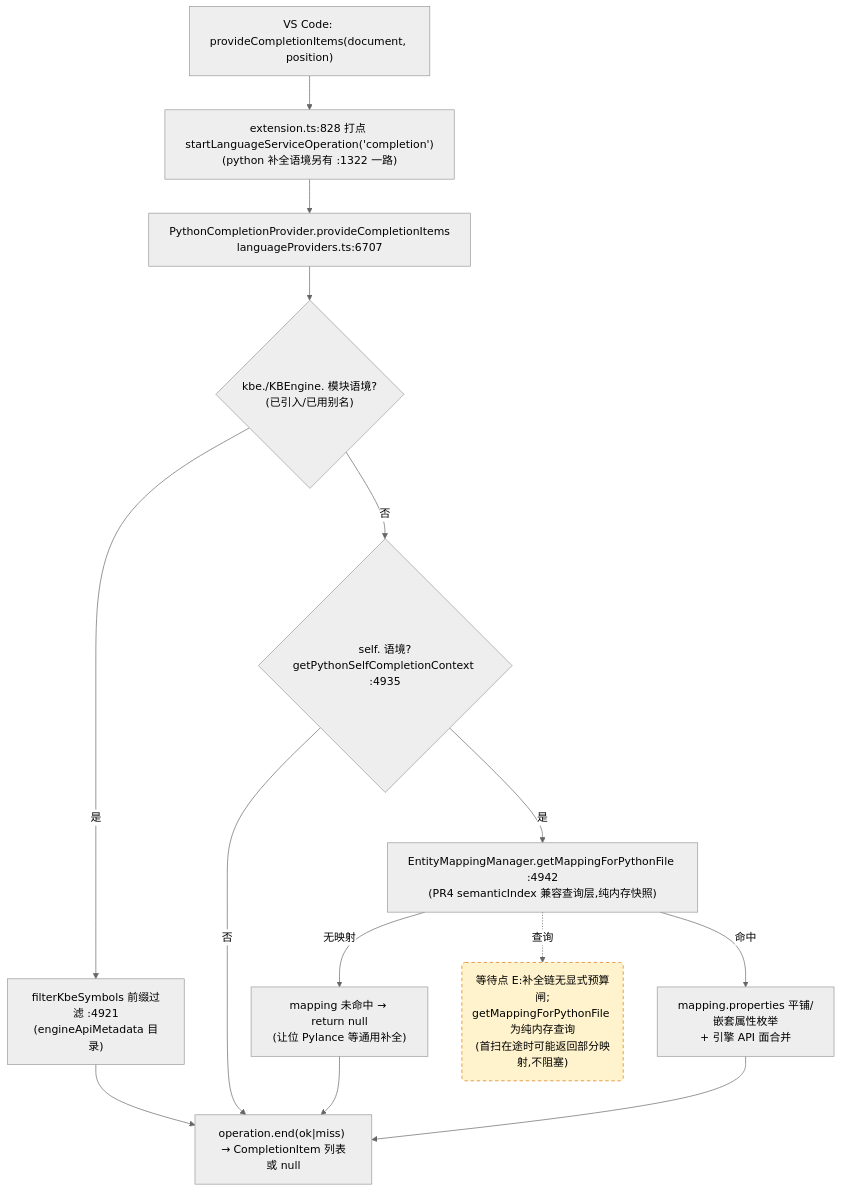
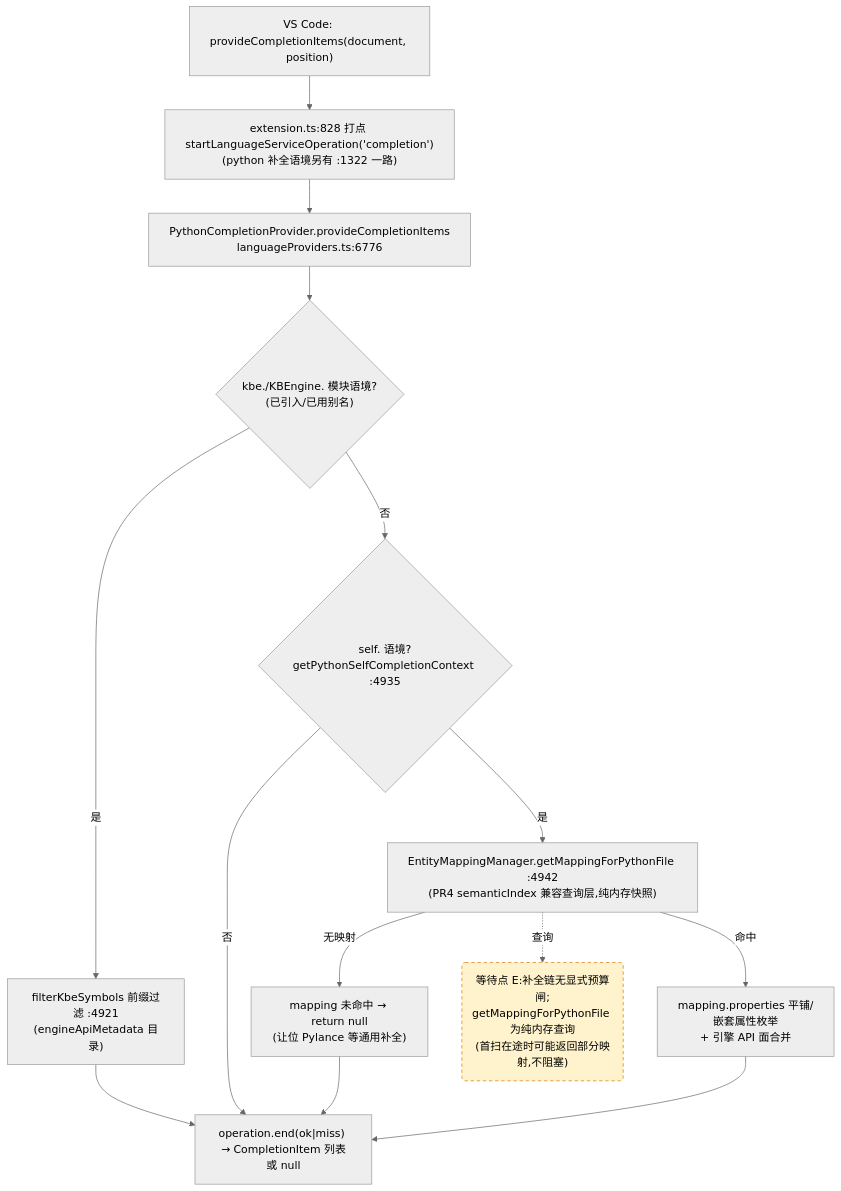
Before and after one commit to cuihairu/kode: the third of 4 diagrams in docs/perf/2026-baseline.md, drawn with Mermaid (neutral theme). The commit also changed other lines of this file and 4 other files, not shown here.

````diff
--- a/docs/perf/2026-baseline.md
+++ b/docs/perf/2026-baseline.md
@@ -184,27 +184,27 @@
 ```mermaid
 flowchart TD
   VC3["VS Code: provideCompletionItems(document, position)"]
   M3["extension.ts:828 打点 startLanguageServiceOperation('completion')<br/>(python 补全语境另有 :1322 一路)"]
-  CP["PythonCompletionProvider.provideCompletionItems<br/>languageProviders.ts:6707"]
+  CP["PythonCompletionProvider.provideCompletionItems<br/>languageProviders.ts:6776"]
   KBEC{"kbe./KBEngine. 模块语境?<br/>(已引入/已用别名)"}
   FILTER["filterKbeSymbols 前缀过滤 :4921<br/>(engineApiMetadata 目录)"]
   SELFC{"self. 语境?<br/>getPythonSelfCompletionContext :4935"}
   MAP["EntityMappingManager.getMappingForPythonFile :4942<br/>(PR4 semanticIndex 兼容查询层,纯内存快照)"]
   NOMAP["mapping 未命中 → return null<br/>(让位 Pylance 等通用补全)"]
   PROPS["mapping.properties 平铺/嵌套属性枚举<br/>+ 引擎 API 面合并"]
   END3["operation.end(ok|miss) → CompletionItem 列表或 null"]
 
   VC3 --> M3 --> CP --> KBEC
   KBEC -- "是" --> FILTER --> END3
   KBEC -- "否" --> SELFC
   SELFC -- "否" --> END3
   SELFC -- "是" --> MAP
   MAP -- "无映射" --> NOMAP --> END3
   MAP -- "命中" --> PROPS --> END3
 
   WAITE("等待点 E:补全链无显式预算闸;<br/>getMappingForPythonFile 为纯内存查询<br/>(首扫在途时可能返回部分映射,不阻塞)")
   MAP -.->|查询| WAITE
 
   classDef waitPoint fill:#fff3cd,stroke:#d97706,stroke-dasharray:5 4;
   class WAITE waitPoint;
 ```
````
